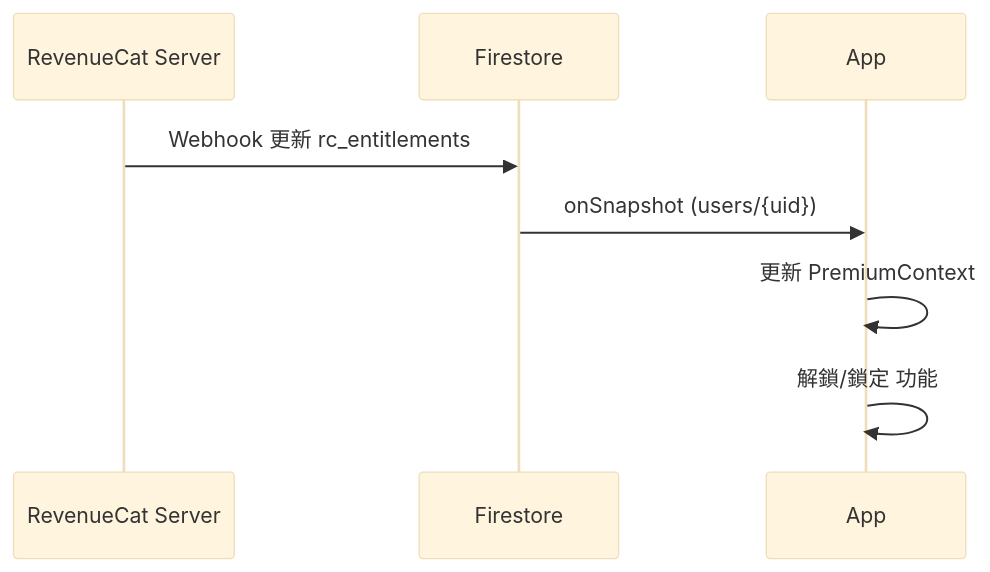
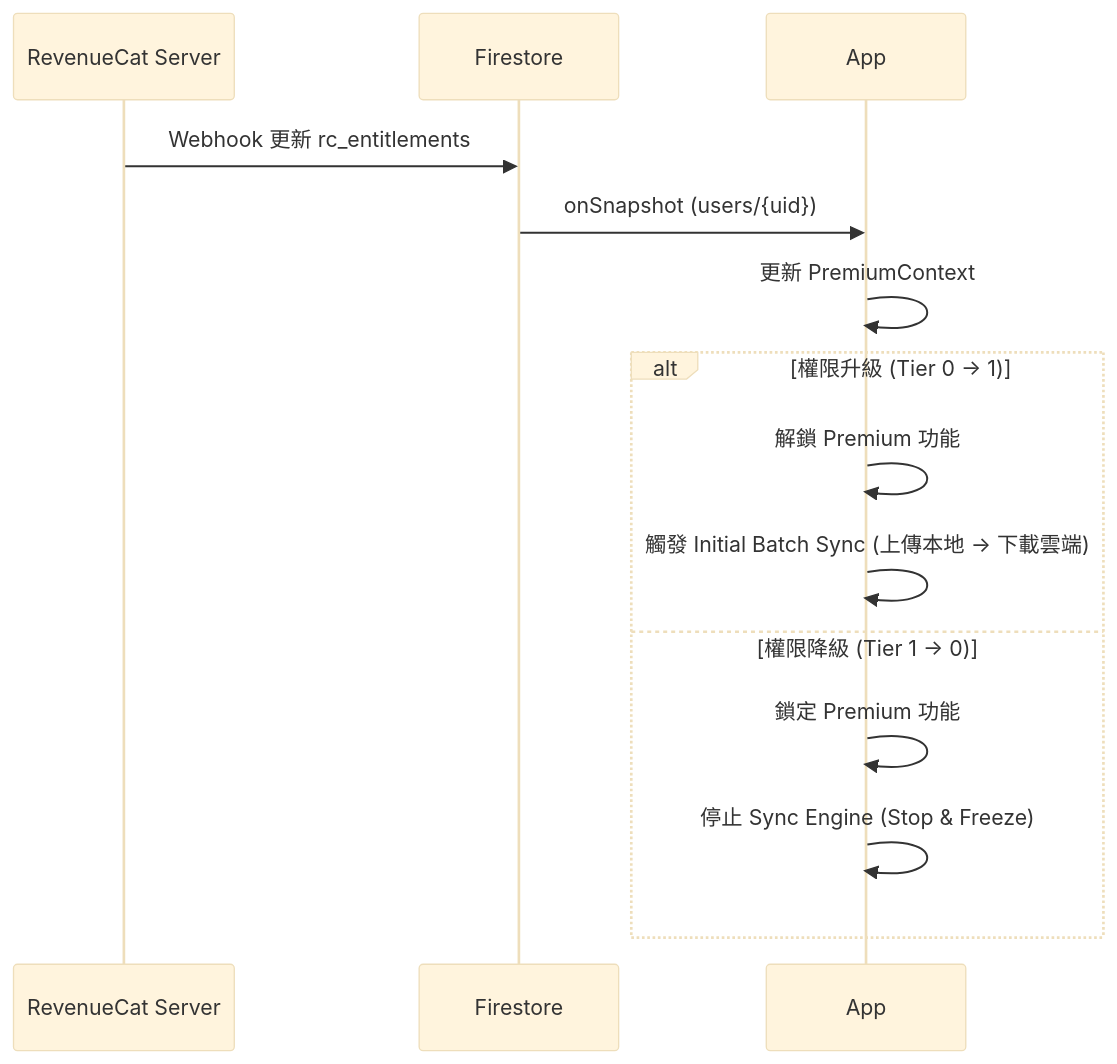
One commit to almightyken0425/SuSuGiGiSpec changed the third of 3 diagrams in no3_module_specs/no1_interaction_flows/no1_user_management_flows.md. Above: the diagram before and after it, drawn with Mermaid (base theme).

Commit message:
update chart

````diff
--- a/no3_module_specs/no1_interaction_flows/no1_user_management_flows.md
+++ b/no3_module_specs/no1_interaction_flows/no1_user_management_flows.md
@@ -59,11 +59,18 @@
 ```mermaid
 sequenceDiagram
     participant RC as RevenueCat Server
     participant DB as Firestore
     participant App as App
 
     RC->>DB: Webhook 更新 rc_entitlements
     DB->>App: onSnapshot (users/{uid})
     App->>App: 更新 PremiumContext
-    App->>App: 解鎖/鎖定 功能
+    
+    alt 權限升級 (Tier 0 -> 1)
+        App->>App: 解鎖 Premium 功能
+        App->>App: 觸發 Initial Batch Sync (上傳本地 -> 下載雲端)
+    else 權限降級 (Tier 1 -> 0)
+        App->>App: 鎖定 Premium 功能
+        App->>App: 停止 Sync Engine (Stop & Freeze)
+    end
 ```
````
